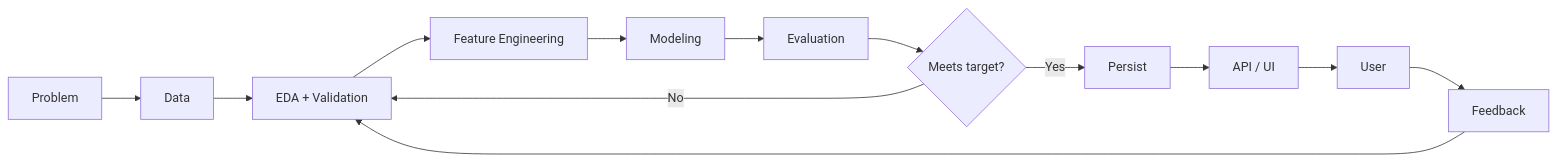
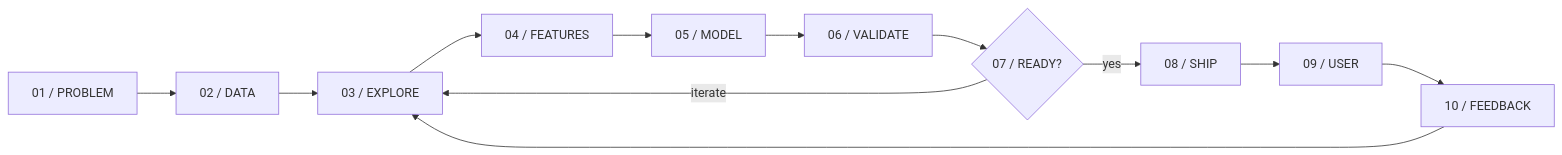
Before and after one commit to RITESH2127/RITESH2127: the diagram in README.md, drawn with Mermaid. The commit also changed other lines of this file, not shown here.

Commit message:
Transform profile README into premium engineering portfolio

````diff
--- a/README.md
+++ b/README.md
@@ -279,15 +244,14 @@
-```mermaid
+~~~mermaid
 flowchart LR
-    A["Problem"] --> B["Data"]
-    B --> C["EDA + Validation"]
-    C --> D["Feature Engineering"]
-    D --> E["Modeling"]
-    E --> F["Evaluation"]
-    F --> G{"Meets target?"}
-    G -- "No" --> C
-    G -- "Yes" --> H["Persist"]
-    H --> I["API / UI"]
-    I --> J["User"]
-    J --> K["Feedback"]
-    K --> C
-```
+    P["01 / PROBLEM"] --> D["02 / DATA"]
+    D --> E["03 / EXPLORE"]
+    E --> F["04 / FEATURES"]
+    F --> M["05 / MODEL"]
+    M --> V["06 / VALIDATE"]
+    V --> Q{"07 / READY?"}
+    Q -- "iterate" --> E
+    Q -- "yes" --> S["08 / SHIP"]
+    S --> U["09 / USER"]
+    U --> R["10 / FEEDBACK"]
+    R --> E
+~~~
````
